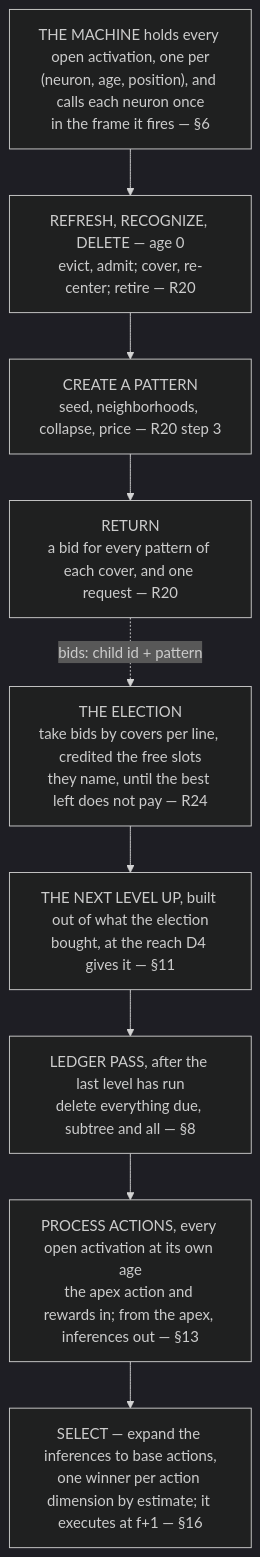
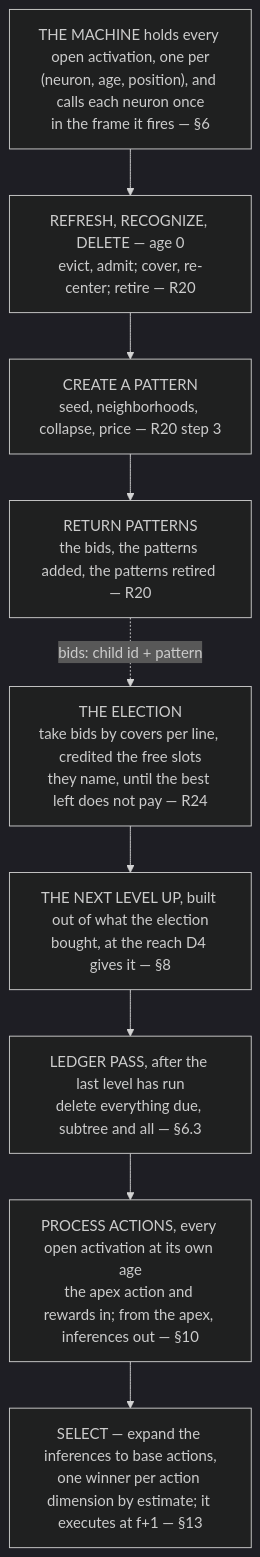
The diagram in docs/algorithm-remarks.md (cucar/robot_brain), drawn with Mermaid (dark theme) before and after one commit. The commit also changed other lines of this file and 4 other files, not shown here.

Commit message:
the greedy pick (D33) in §5.7; §6 is five steps with a subsection each; a bid is a table line; Parts III and IV renumbered

````diff
--- a/docs/algorithm-remarks.md
+++ b/docs/algorithm-remarks.md
@@ -824,12 +841,12 @@
 ```mermaid
 flowchart TD
     A["THE MACHINE holds every open activation, one per<br/>(neuron, age, position), and calls each neuron once<br/>in the frame it fires — §6"]
     A --> B["REFRESH, RECOGNIZE, DELETE — age 0<br/>evict, admit; cover, re-center; retire — R20"]
     B --> M["CREATE A PATTERN<br/>seed, neighborhoods, collapse, price — R20 step 3"]
-    M --> P["RETURN<br/>a bid for every pattern of each cover, and one request — R20"]
+    M --> P["RETURN PATTERNS<br/>the bids, the patterns added, the patterns retired — R20"]
     P -.->|"bids: child id + pattern"| X["THE ELECTION<br/>take bids by covers per line, credited the free slots<br/>they name, until the best left does not pay — R24"]
-    X --> O["THE NEXT LEVEL UP, built out of what the election<br/>bought, at the reach D4 gives it — §11"]
-    O --> Z["LEDGER PASS, after the last level has run<br/>delete everything due, subtree and all — §8"]
-    Z --> W["PROCESS ACTIONS, every open activation at its own age<br/>the apex action and rewards in; from the apex, inferences out — §13"]
-    W --> S["SELECT — expand the inferences to base actions,<br/>one winner per action dimension by estimate; it executes at f+1 — §16"]
+    X --> O["THE NEXT LEVEL UP, built out of what the election<br/>bought, at the reach D4 gives it — §8"]
+    O --> Z["LEDGER PASS, after the last level has run<br/>delete everything due, subtree and all — §6.3"]
+    Z --> W["PROCESS ACTIONS, every open activation at its own age<br/>the apex action and rewards in; from the apex, inferences out — §10"]
+    W --> S["SELECT — expand the inferences to base actions,<br/>one winner per action dimension by estimate; it executes at f+1 — §13"]
 ```
````
